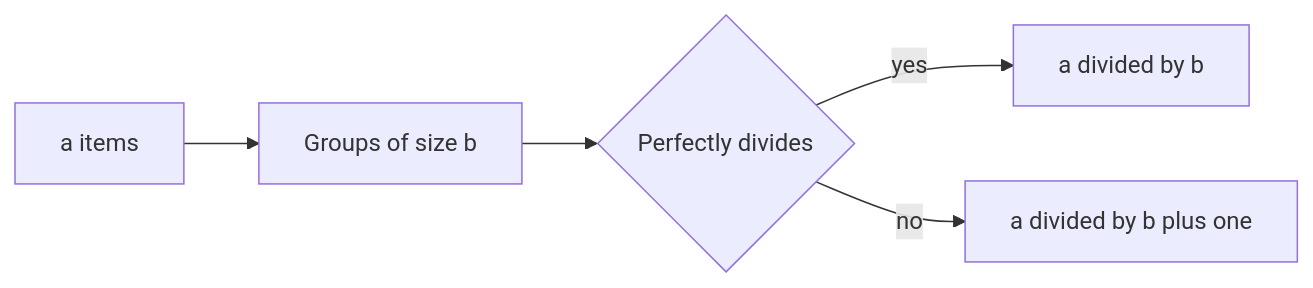
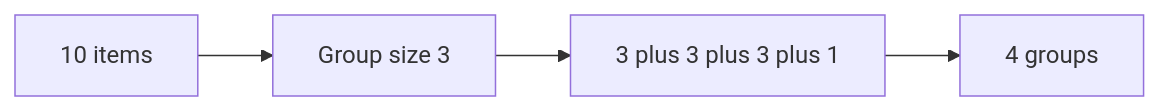
The second of 14 diagrams in CP_DSA_NOTES/000_MATH/cp_dsa_math_visual_reference.md (mthaiseer/springcloud-systemdesign-notes), drawn with Mermaid before and after one commit. The commit also changed other lines of this file, not shown here.

````diff
--- a/CP_DSA_NOTES/000_MATH/cp_dsa_math_visual_reference.md
+++ b/CP_DSA_NOTES/000_MATH/cp_dsa_math_visual_reference.md
@@ -46,7 +41,6 @@
 ```mermaid
 flowchart LR
-    A[a items] --> B[Groups of size b]
-    B --> C{Perfectly divides}
-    C -->|yes| D[a divided by b]
-    C -->|no| E[a divided by b plus one]
+    A[10 items] --> B[Group size 3]
+    B --> C[3 plus 3 plus 3 plus 1]
+    C --> D[4 groups]
 ```
````
